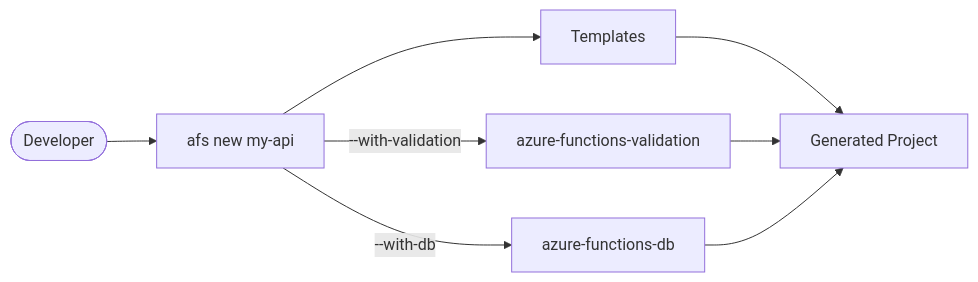
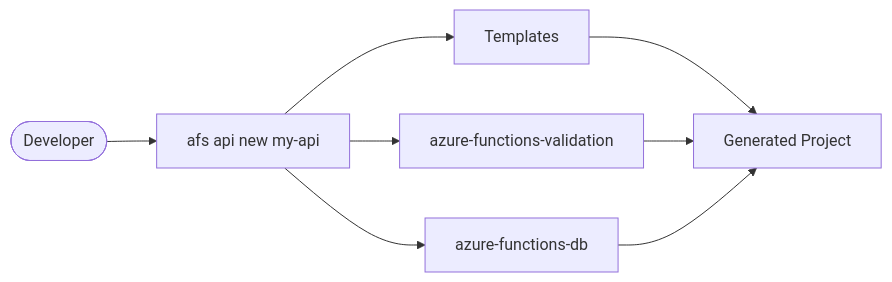
The diagram in README.md (yeongseon/azure-functions-scaffold-python), drawn with Mermaid before and after one commit. The commit also changed other lines of this file and 16 other files, not shown here.

````diff
--- a/README.md
+++ b/README.md
@@ -21,17 +21,17 @@
 ```mermaid
 flowchart LR
     Dev(["Developer"])
-    CLI["afs new my-api"]
+    CLI["afs api new my-api"]
     T["Templates"]
     P["Generated Project"]
     VAL["azure-functions-validation"]
     DB["azure-functions-db"]
 
     Dev --> CLI
     CLI --> T
     T --> P
-    CLI -- "--with-validation" --> VAL
-    CLI -- "--with-db" --> DB
+    CLI --> VAL
+    CLI --> DB
     VAL --> P
     DB --> P
 ```
````
